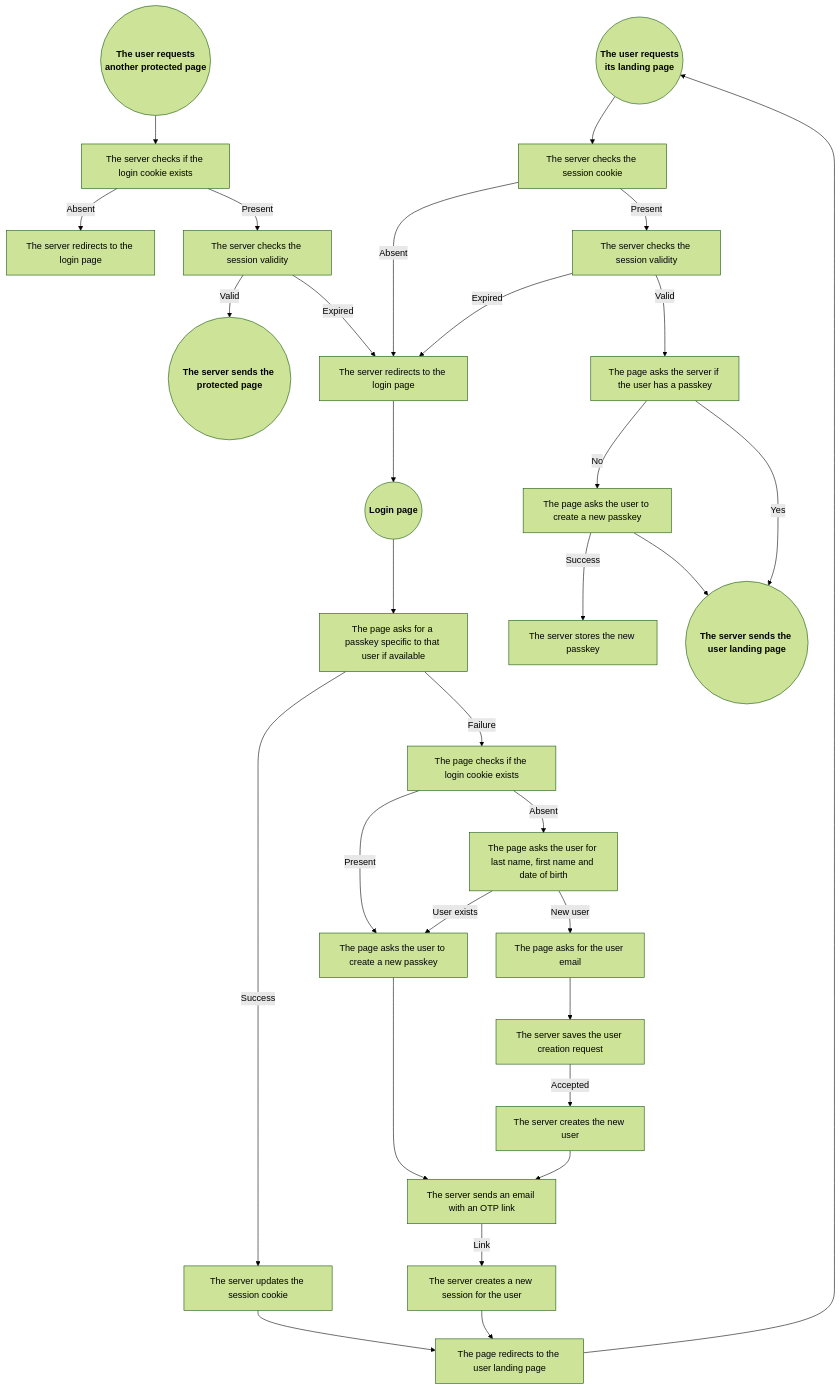
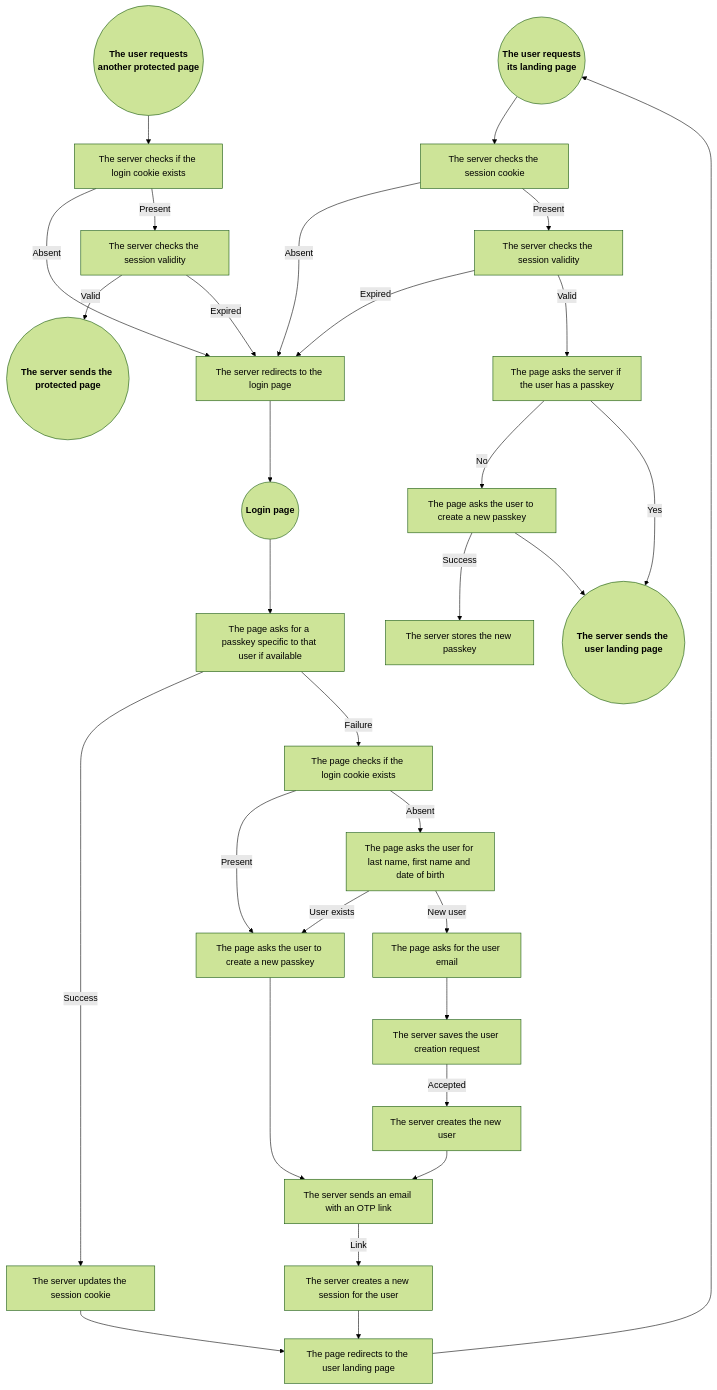
The diagram in README.md (programingjd/tiered_server), drawn with Mermaid (forest theme) before and after one commit.

````diff
--- a/README.md
+++ b/README.md
@@ -123,40 +123,40 @@
 ```mermaid
 graph TD;
   UserLandingPageRequest(("<b>The user requests<br>its landing page</b>"))
   ProtectedPageRequest(("<b>The user requests<br>another protected page</b>"))
   LoginPageRequest(("<b>Login page</b>"))
   
   ProtectedPageRequest-->QueryCookie1[The server checks if the login cookie exists]
-  QueryCookie1-->|Absent|LoginPageRedirect1[The server redirects to the login page]
+  QueryCookie1-->|Absent|LoginPageRedirect[The server redirects to the login page]
   QueryCookie1-->|Present|CheckSessionValidity1[The server checks the session validity]
   CheckSessionValidity1-->|Valid|ProtectedPageResponse(("<b>The server sends the protected page<b>"))
   CheckSessionValidity1-->|Expired|LoginPageRedirect
 
   UserLandingPageRequest-->QueryCookie2[The server checks the session cookie]
-  QueryCookie2-->|Absent|LoginPageRedirect[The server redirects to the login page]
+  QueryCookie2-->|Absent|LoginPageRedirect
   QueryCookie2-->|Present|CheckSessionValidity2[The server checks the session validity]
   CheckSessionValidity2-->|Expired|LoginPageRedirect
   CheckSessionValidity2-->|Valid|QueryExistingPasskey2[The page asks the server if the user has a passkey]
   QueryExistingPasskey2-->|No|NewPasskeyPrompt2[The page asks the user to create a new passkey]
   QueryExistingPasskey2-->|Yes|UserLandingPageResponse(("<b>The server sends the user landing page<b>"))
   NewPasskeyPrompt2-->|Success|NewPasskeyStore2[The server stores the new passkey]
   NewPasskeyPrompt2-->UserLandingPageResponse
 
   LoginPageRequest-->QueryPasskey[The page asks for a passkey specific to that user if available]
   QueryPasskey-->|Success|SessionCookieUpdate[The server updates the session cookie]
   SessionCookieUpdate-->UserLandingPageRedirect[The page redirects to the user landing page]
   QueryPasskey-->|Failure|QueryCookie3[The page checks if the login cookie exists]
   QueryCookie3-->|Present|NewPasskeyPrompt3[The page asks the user to create a new passkey]
   QueryCookie3-->|Absent|UserForm[The page asks the user for last name, first name and date of birth]
   UserForm-->|User exists|NewPasskeyPrompt3
   NewPasskeyPrompt3-->EmailOTP[The server sends an email with an OTP link]
   EmailOTP-->|Link|NewSession[The server creates a new session for the user]
   NewSession-->UserLandingPageRedirect
   UserForm-->|New user|NewUser[The page asks for the user email]
   NewUser-->UserModeration[The server saves the user creation request]
   UserModeration-->|Accepted|UserCreation[The server creates the new user]
   UserCreation-->EmailOTP
   
   UserLandingPageRedirect-->UserLandingPageRequest
   LoginPageRedirect-->LoginPageRequest
 ```
````
